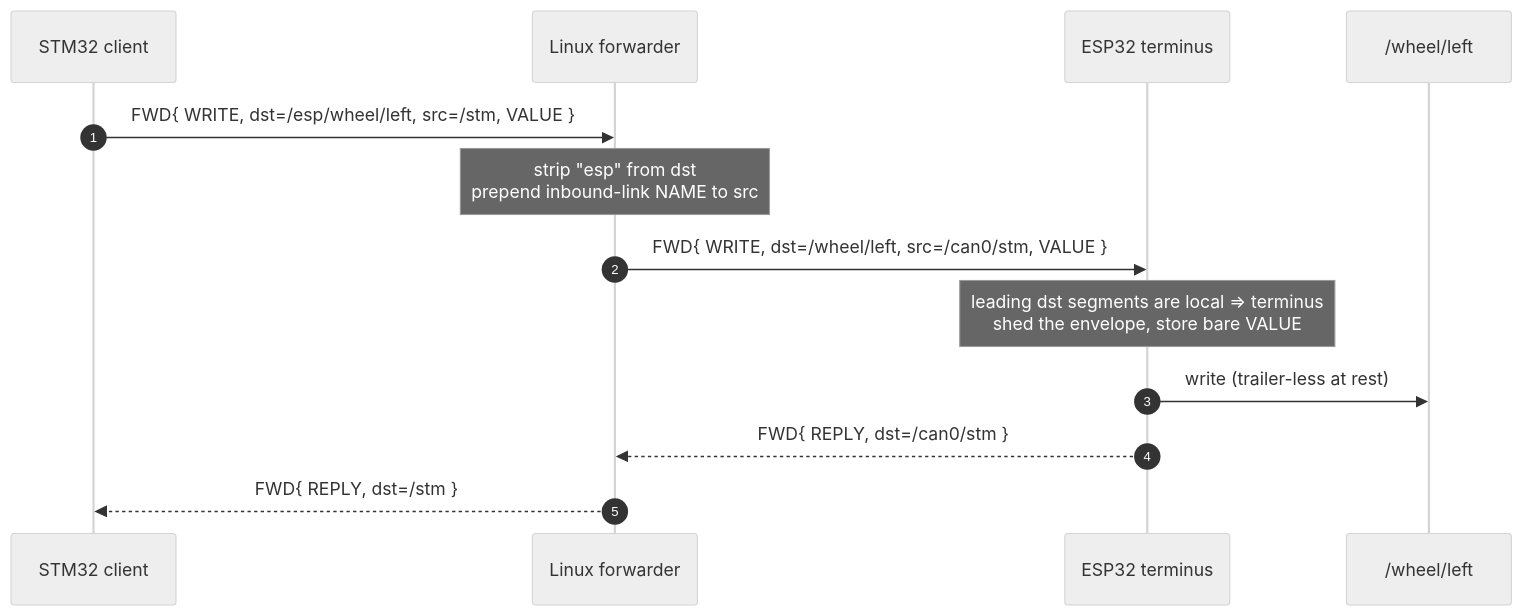
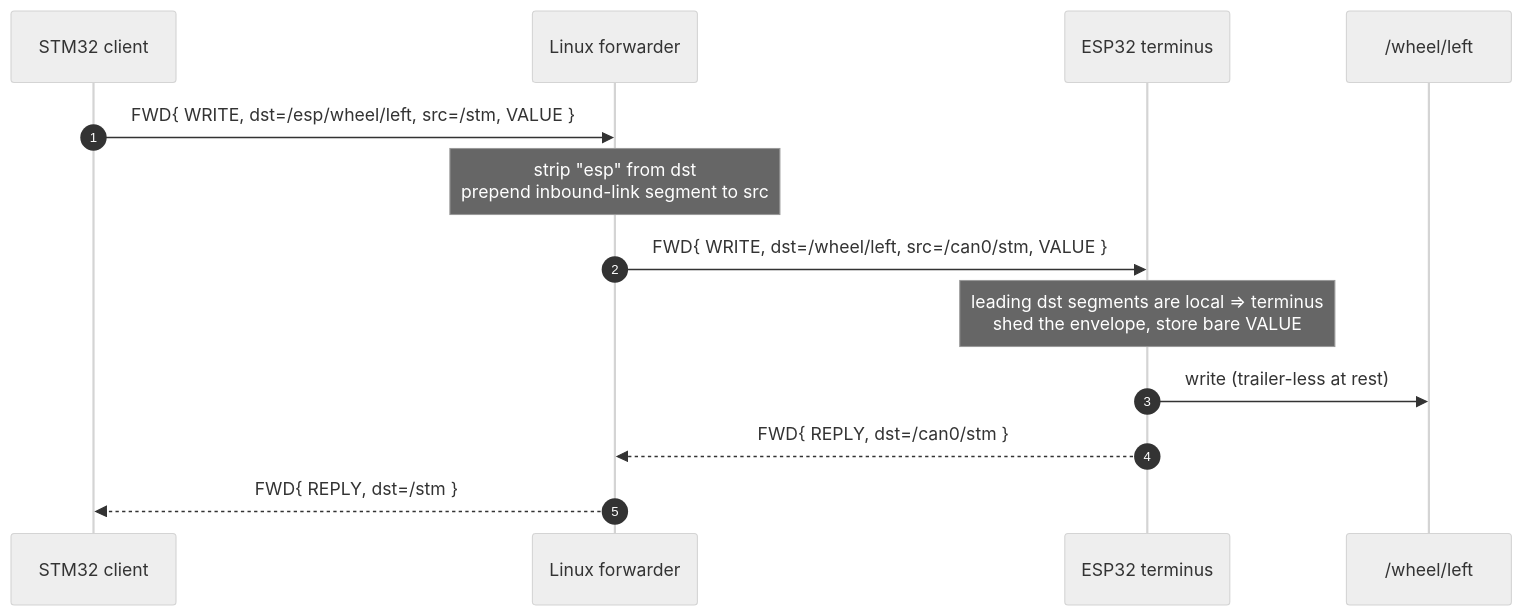
One commit to avatarsd-llc/libtracer changed the third of 3 diagrams in docs/reference/02-graph-model.md. Above: the diagram before and after it, drawn with Mermaid (neutral theme). The commit also changed other lines of this file and 46 other files, not shown here.

````diff
--- a/docs/reference/02-graph-model.md
+++ b/docs/reference/02-graph-model.md
@@ -689,16 +694,16 @@
 ```mermaid
 sequenceDiagram
     autonumber
     participant STM as STM32 client
     participant LB as Linux forwarder
     participant ESP as ESP32 terminus
     participant V as /wheel/left
 
     STM->>LB: FWD{ WRITE, dst=/esp/wheel/left, src=/stm, VALUE }
-    Note over LB: strip "esp" from dst<br/>prepend inbound-link NAME to src
+    Note over LB: strip "esp" from dst<br/>prepend inbound-link segment to src
     LB->>ESP: FWD{ WRITE, dst=/wheel/left, src=/can0/stm, VALUE }
     Note over ESP: leading dst segments are local ⇒ terminus<br/>shed the envelope, store bare VALUE
     ESP->>V: write (trailer-less at rest)
     ESP-->>LB: FWD{ REPLY, dst=/can0/stm }
     LB-->>STM: FWD{ REPLY, dst=/stm }
 ```
````
